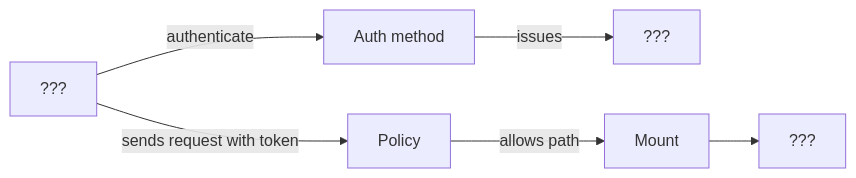
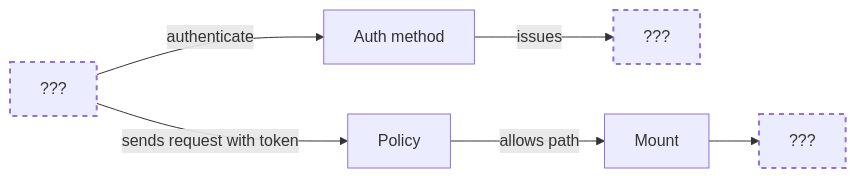
Before and after one commit to OpalBolt/Hashicorp-Katas: the fourth of 4 diagrams in docs/slices/vault/00-foundations.md, drawn with Mermaid. The commit also changed 1 other file, not shown here.

Commit message:
docs(vault): mark editable and fixed parts of the diagram scaffold
Learners without Mermaid knowledge could not tell which lines to change.
Group the ??? nodes under an edit zone, label the rest as fixed, and
draw the nodes to fill in with a dashed border.

````diff
--- a/docs/slices/vault/00-foundations.md
+++ b/docs/slices/vault/00-foundations.md
@@ -86,14 +86,23 @@
 ```mermaid
 flowchart LR
+    %% ===== YOU EDIT: replace each ??? with a label (keep the quotes) =====
     client["???"]
+    token["???"]
+    secret["???"]
+
+    %% ===== DO NOT TOUCH: fixed nodes =====
     auth["Auth method"]
-    token["???"]
     policy["Policy"]
     mount["Mount"]
-    secret["???"]
+
+    %% ===== DO NOT TOUCH: request flow =====
     client -->|"authenticate"| auth
     auth -->|"issues"| token
     client -->|"sends request with token"| policy
     policy -->|"allows path"| mount
     mount --> secret
+
+    %% ===== DO NOT TOUCH: styling (dashed = you fill in) =====
+    classDef todo stroke-dasharray: 5 5,stroke-width:2px
+    class client,token,secret todo
 ```
````
